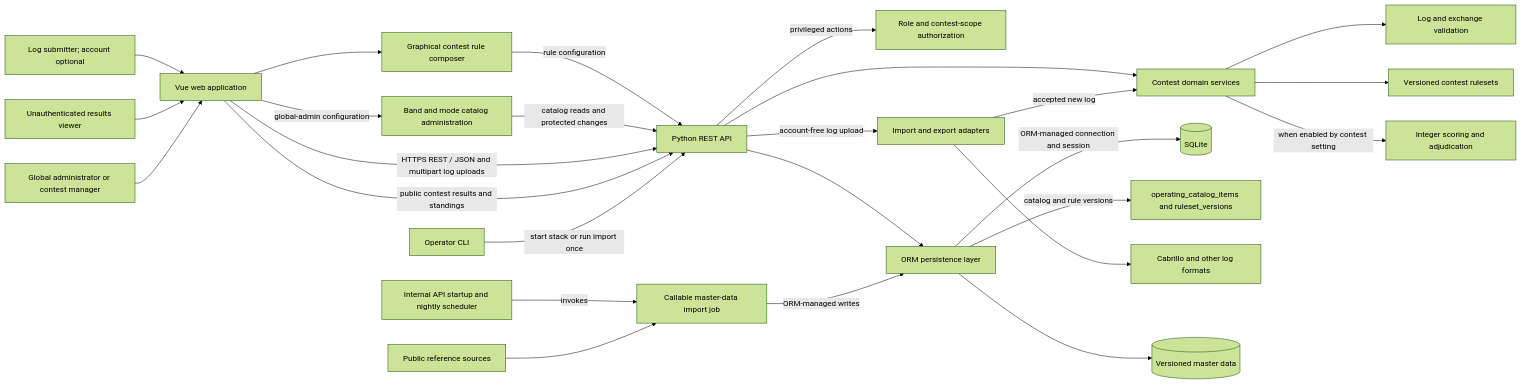
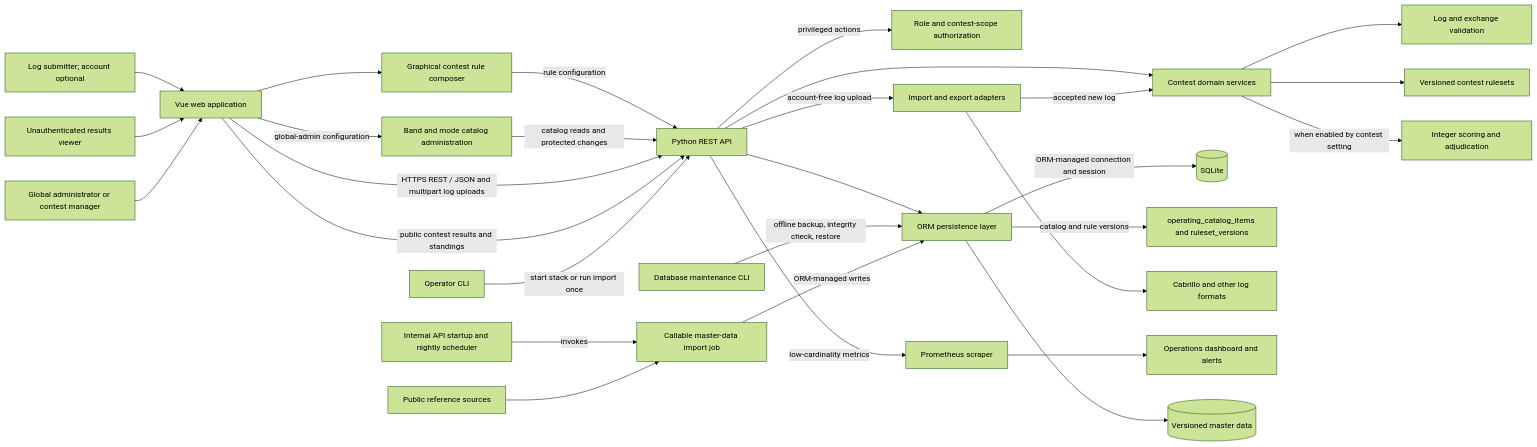
The first of 3 diagrams in documentation/README.md (ea7klk/contestmaster), drawn with Mermaid (forest theme) before and after one commit. The commit also changed other lines of this file and 23 other files, not shown here.

````diff
--- a/documentation/README.md
+++ b/documentation/README.md
@@ -77,28 +79,31 @@
 ```mermaid
 flowchart LR
     Participant[Log submitter; account optional] --> Web[Vue web application]
     Visitor[Unauthenticated results viewer] --> Web
     PrivilegedUser[Global administrator or contest manager] --> Web
     Web --> Composer[Graphical contest rule composer]
     Web -->|global-admin configuration| CatalogAdmin[Band and mode catalog administration]
     Composer -->|rule configuration| API[Python REST API]
     CatalogAdmin -->|catalog reads and protected changes| API
     Web -->|HTTPS REST / JSON and multipart log uploads| API[Python REST API]
     Web -->|public contest results and standings| API
     API -->|privileged actions| Auth[Role and contest-scope authorization]
     API --> Domain[Contest domain services]
     Domain --> Validation[Log and exchange validation]
     Domain --> Rules[Versioned contest rulesets]
     Domain -->|when enabled by contest setting| Scoring[Integer scoring and adjudication]
     API --> Store[ORM persistence layer]
     Store -->|ORM-managed connection and session| DB[(SQLite)]
     Store -->|catalog and rule versions| OperatingCatalog[operating_catalog_items and ruleset_versions]
     API -->|account-free log upload| Adapters[Import and export adapters]
     Adapters -->|accepted new log| Domain
     Adapters --> Formats[Cabrillo and other log formats]
     Timer[Internal API startup and nightly scheduler] -->|invokes| MasterImport[Callable master-data import job]
     CLI[Operator CLI] -->|start stack or run import once| API
+    DBCLI[Database maintenance CLI] -->|offline backup, integrity check, restore| Store
+    API -->|low-cardinality metrics| Prometheus[Prometheus scraper]
+    Prometheus --> Dashboard[Operations dashboard and alerts]
     PublicSources[Public reference sources] --> MasterImport
     MasterImport -->|ORM-managed writes| Store
     Store --> ReferenceData[(Versioned master data)]
 ```
````
